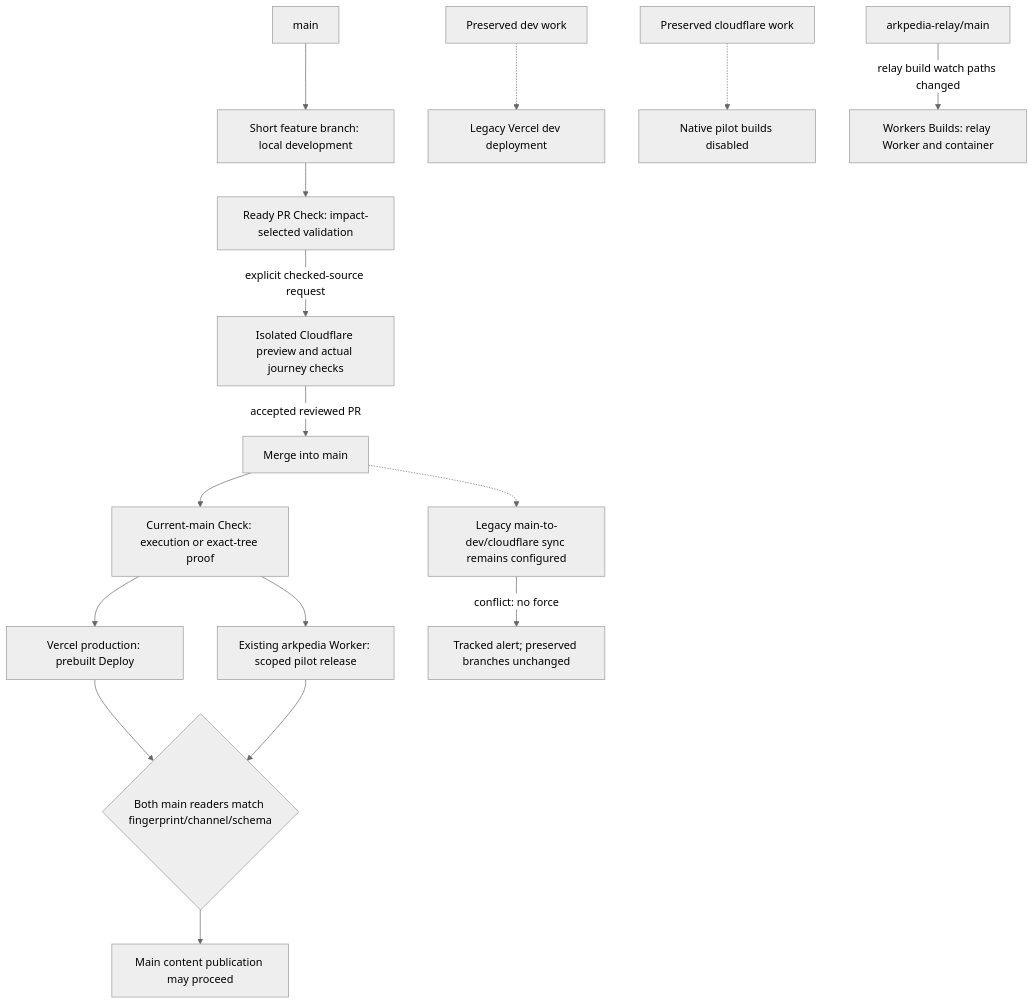
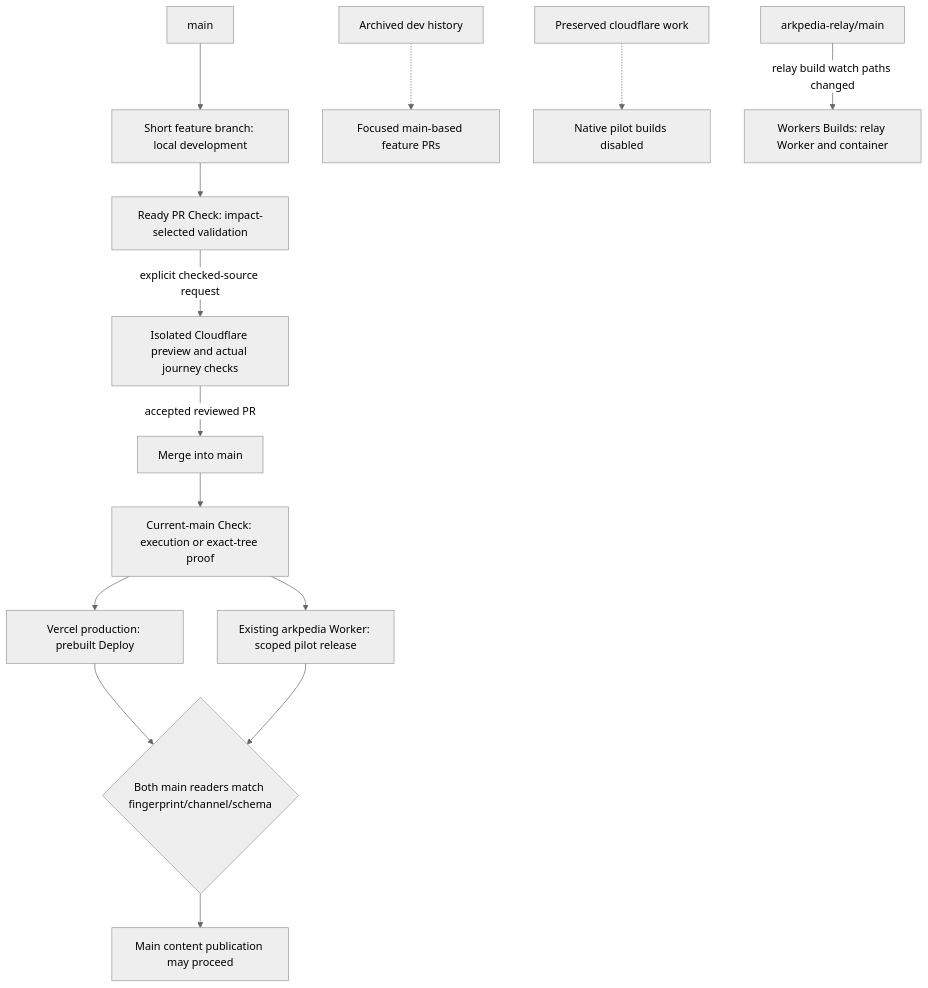
Before and after one commit to arkpedia/arkpedia: the fifth of 6 diagrams in docs/architecture.md, drawn with Mermaid (neutral theme). The commit also changed other lines of this file and 32 other files, not shown here.

First line of the commit message:
Retire legacy dev deployment and content channel (#791)

````diff
--- a/docs/architecture.md
+++ b/docs/architecture.md
@@ -251,18 +251,16 @@
 ```mermaid
 flowchart TD
   main[main] --> feature[Short feature branch: local development]
   feature --> check[Ready PR Check: impact-selected validation]
   check -->|explicit checked-source request| preview[Isolated Cloudflare preview and actual journey checks]
   preview -->|accepted reviewed PR| merge[Merge into main]
   merge --> checkmain[Current-main Check: execution or exact-tree proof]
   checkmain --> vercel[Vercel production: prebuilt Deploy]
   checkmain --> pilot[Existing arkpedia Worker: scoped pilot release]
   vercel --> readers{Both main readers match fingerprint/channel/schema}
   pilot --> readers
   readers --> content[Main content publication may proceed]
-  merge -.-> legacy[Legacy main-to-dev/cloudflare sync remains configured]
-  legacy -->|conflict: no force| issue[Tracked alert; preserved branches unchanged]
-  dev[Preserved dev work] -.-> deploydev[Legacy Vercel dev deployment]
+  archive[Archived dev history] -.-> extract[Focused main-based feature PRs]
   cf[Preserved cloudflare work] -.-> disabled[Native pilot builds disabled]
   relay[arkpedia-relay/main] -->|relay build watch paths changed| relaybuild[Workers Builds: relay Worker and container]
 ```
````
